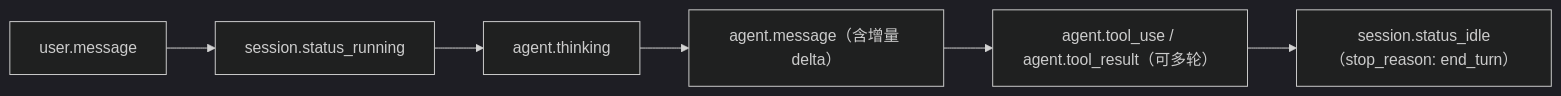
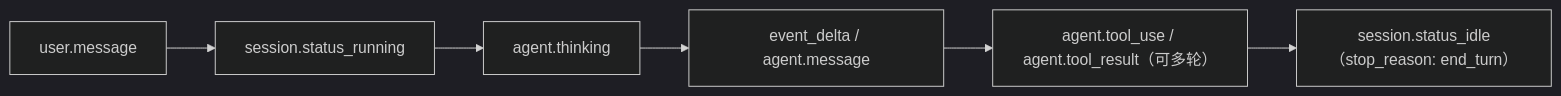
One commit to shenyankm/tab-agent changed the third of 3 diagrams in docs/ARCHITECTURE.md. Above: the diagram before and after it, drawn with Mermaid (dark theme). The commit also changed other lines of this file and 3 other files, not shown here.

First line of the commit message:
docs: refresh README, AGENTS and architecture docs

````diff
--- a/docs/ARCHITECTURE.md
+++ b/docs/ARCHITECTURE.md
@@ -96,4 +108,4 @@
 ```mermaid
 flowchart LR
-    A["user.message"] --> B["session.status_running"] --> C["agent.thinking"] --> D["agent.message（含增量 delta）"] --> E["agent.tool_use / agent.tool_result（可多轮）"] --> F["session.status_idle（stop_reason: end_turn）"]
+    A["user.message"] --> B["session.status_running"] --> C["agent.thinking"] --> D["event_delta / agent.message"] --> E["agent.tool_use / agent.tool_result（可多轮）"] --> F["session.status_idle（stop_reason: end_turn）"]
 ```
````
